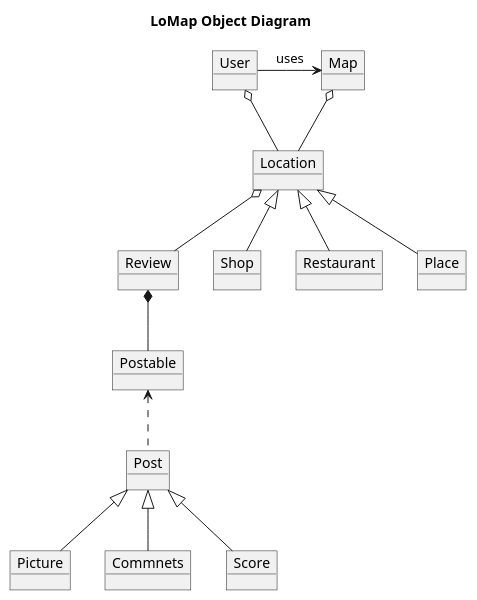
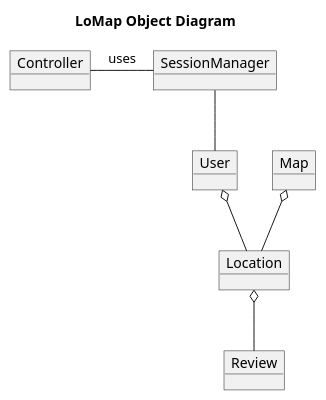
The diagram in docs/08_concepts.adoc (Arquisoft/lomap_en3b), drawn with PlantUML before and after one commit. The commit also changed 10 other files, not shown here.

```diff
--- a/docs/08_concepts.adoc
+++ b/docs/08_concepts.adoc
@@ -54,35 +54,20 @@
 [plantuml,"Domain model UML Diagram",png]
 ----
 title LoMap Object Diagram
 
-object Picture
-object Commnets 
-object Score
-object Post
-object Postable
 object Review
 object Location
-object Shop
-object Restaurant
-object Place
 object Map
 object User
+object Controller
+object SessionManager
 
-Post <|-- Picture 
-Post <|-- Commnets
-Post <|-- Score
-
-Postable <..  Post
-Review *--  Postable
 Location o-- Review
-
-Location <|-- Shop 
-Location <|-- Restaurant
-Location <|-- Place
 
 Map o-- Location
 
 User o-- Location
-User -right-> Map :uses
+Controller -right- SessionManager :uses
+SessionManager -- User
 
 ----
```
